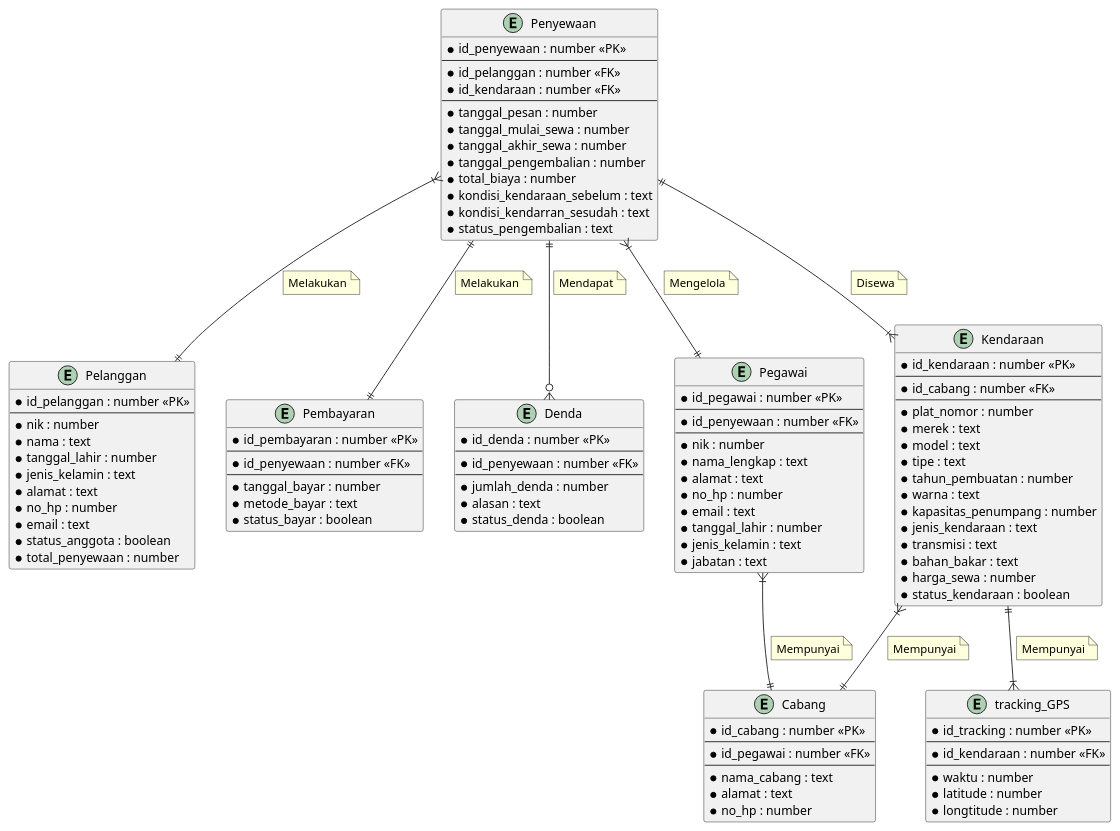
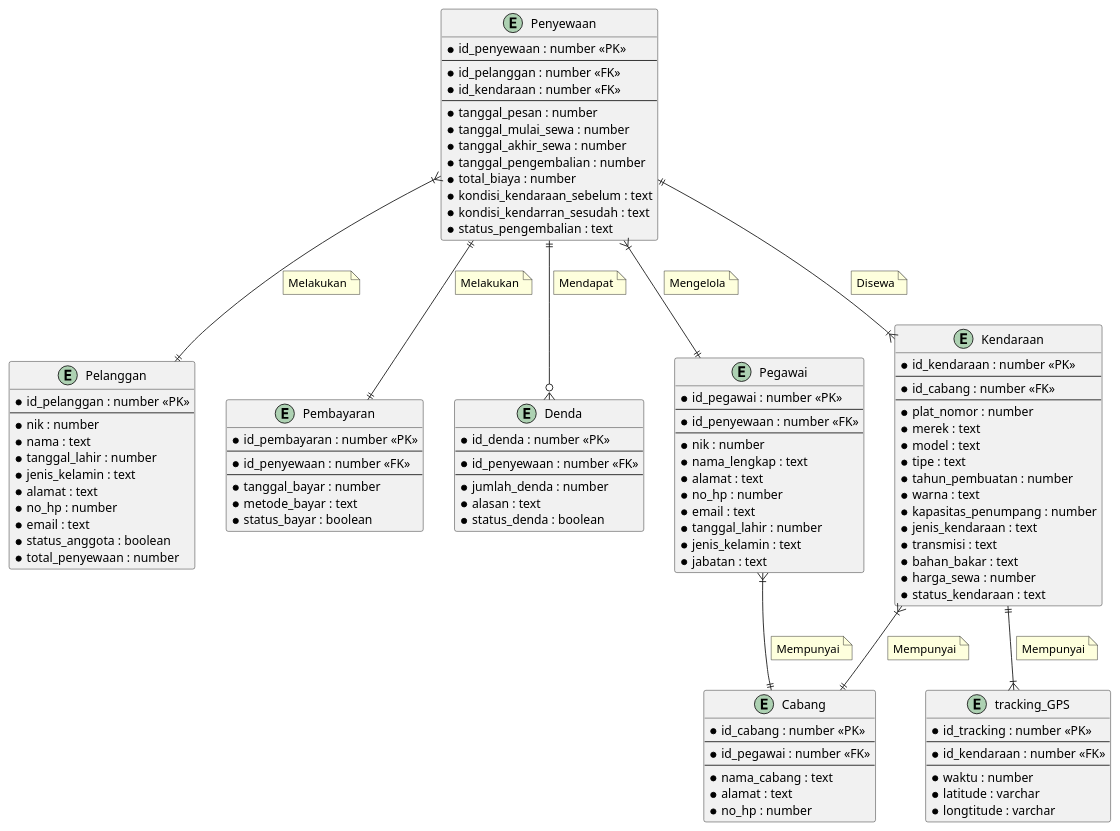
The diagram in rental_kendaraan.puml (didanannasai/rental-kendaraan), drawn with PlantUML before and after one commit.

Commit message:
pembaruan status_kendaraan, latitude, dan longtitude

```diff
--- a/rental_kendaraan.puml
+++ b/rental_kendaraan.puml
@@ -1,143 +1,143 @@
 @startuml
 
 entity Penyewaan {
     *id_penyewaan : number <<PK>>
     --
     *id_pelanggan : number <<FK>>
     *id_kendaraan : number <<FK>>
     --
     *tanggal_pesan : number
     *tanggal_mulai_sewa : number
     *tanggal_akhir_sewa : number
     *tanggal_pengembalian : number
     *total_biaya : number
     *kondisi_kendaraan_sebelum : text
     *kondisi_kendarran_sesudah : text
     *status_pengembalian : text
 }
 
 entity Pelanggan {
     *id_pelanggan : number <<PK>>
     --
     *nik : number
     *nama : text
     *tanggal_lahir : number
     *jenis_kelamin : text
     *alamat : text
     *no_hp : number
     *email : text
     *status_anggota : boolean
     *total_penyewaan : number
 }
 
 entity Pembayaran {
     *id_pembayaran : number <<PK>>
     --
     *id_penyewaan : number <<FK>>
     --
     *tanggal_bayar : number
     *metode_bayar : text
     *status_bayar : boolean
 }
 
 entity Denda {
     *id_denda : number <<PK>>
     --
     *id_penyewaan : number <<FK>>
     --
     *jumlah_denda : number
     *alasan : text
     *status_denda : boolean
 }
 
 entity Pegawai {
     *id_pegawai : number <<PK>>
     --
     *id_penyewaan : number <<FK>>
     --
     *nik : number
     *nama_lengkap : text
     *alamat : text
     *no_hp : number
     *email : text
     *tanggal_lahir : number
     *jenis_kelamin : text
     *jabatan : text
 }
 
 entity Kendaraan {
     *id_kendaraan : number <<PK>>
     --
     *id_cabang : number <<FK>>
     --
     *plat_nomor : number
     *merek : text
     *model : text
     *tipe : text
     *tahun_pembuatan : number
     *warna : text
     *kapasitas_penumpang : number
     *jenis_kendaraan : text
     *transmisi : text
     *bahan_bakar : text
     *harga_sewa : number
-    *status_kendaraan : boolean
+    *status_kendaraan : text
 }
 
 entity Cabang {
     *id_cabang : number <<PK>>
     --
     *id_pegawai : number <<FK>>
     --
     *nama_cabang : text
     *alamat : text
     *no_hp : number
 }
 
 entity tracking_GPS {
     *id_tracking : number <<PK>>
     --
     *id_kendaraan : number <<FK>>
     --
     *waktu : number
-    *latitude : number
-    *longtitude : number
+    *latitude : varchar
+    *longtitude : varchar
 }
 
 Penyewaan }|--|| Pelanggan
 note on link
     Melakukan
 end note
 Penyewaan ||--|| Pembayaran
 note on link
     Melakukan
 end note
 Penyewaan ||--o{ Denda
 note on link
     Mendapat
 end note
 Penyewaan ||--|{ Kendaraan
 note on link
     Disewa
 end note
 Penyewaan }|--|| Pegawai
 note on link
     Mengelola
 end note
 
 Kendaraan }|--|| Cabang
 note on link
     Mempunyai
 end note
 Kendaraan ||--|{ tracking_GPS
 note on link
     Mempunyai
 end note
 
 Pegawai }|--|| Cabang
 note on link
     Mempunyai
 end note
 
 
 @enduml
```
